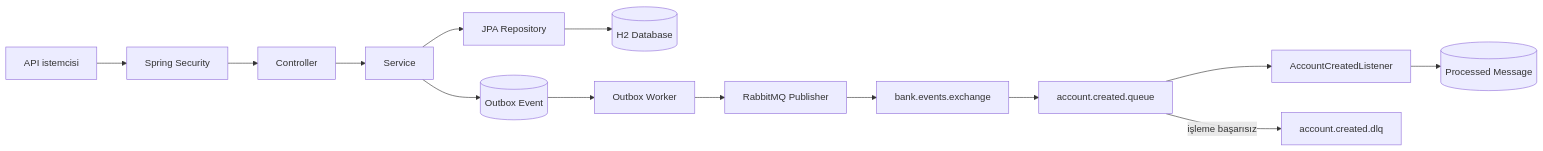
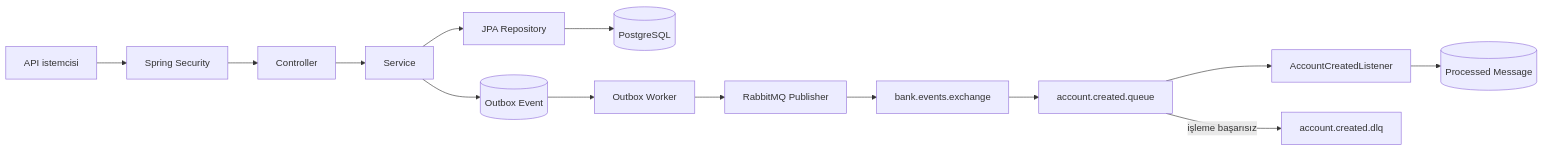
One commit to bereberket/controllerservicesrepowithdto changed the diagram in README.md. Above: the diagram before and after it, drawn with Mermaid. The commit also changed other lines of this file and 16 other files, not shown here.

Commit message:
feat: migrate persistence to PostgreSQL

````diff
--- a/README.md
+++ b/README.md
@@ -60,16 +61,16 @@
 ```mermaid
 flowchart LR
     Client["API istemcisi"] --> Security["Spring Security"]
     Security --> Controller["Controller"]
     Controller --> Service["Service"]
     Service --> Repository["JPA Repository"]
-    Repository --> Database[("H2 Database")]
+    Repository --> Database[("PostgreSQL")]
     Service --> Outbox[("Outbox Event")]
     Outbox --> Worker["Outbox Worker"]
     Worker --> Publisher["RabbitMQ Publisher"]
     Publisher --> Exchange["bank.events.exchange"]
     Exchange --> Queue["account.created.queue"]
     Queue --> Listener["AccountCreatedListener"]
     Listener --> Processed[("Processed Message")]
     Queue -->|işleme başarısız| DLQ["account.created.dlq"]
 ```
````
